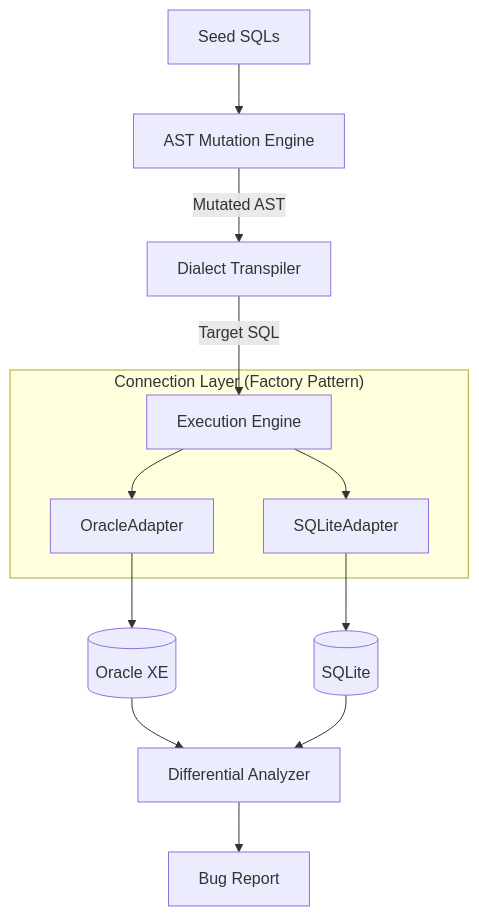
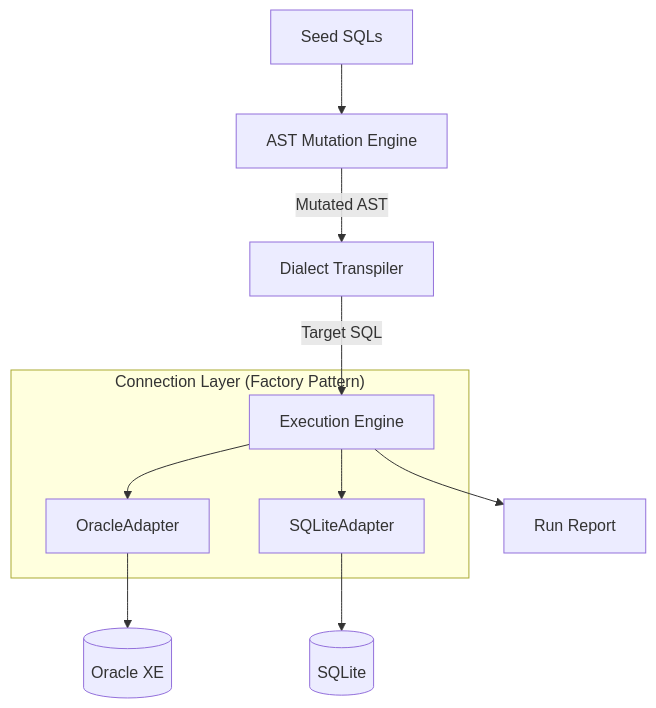
Before and after one commit to oorangeeee/chimera_sql: the diagram in tech.md, drawn with Mermaid. The commit also changed other lines of this file and 14 other files, not shown here.

````diff
--- a/tech.md
+++ b/tech.md
@@ -9,19 +9,15 @@
 ```mermaid
 graph TD
     Input[Seed SQLs] --> Mutator[AST Mutation Engine]
     Mutator -- Mutated AST --> Transpiler[Dialect Transpiler]
     Transpiler -- Target SQL --> Executor[Execution Engine]
+    Executor --> Report[Run Report]
 
     subgraph "Connection Layer (Factory Pattern)"
         Executor --> OracleAdapter
         Executor --> SQLiteAdapter
     end
 
     OracleAdapter --> OracleDB[(Oracle XE)]
     SQLiteAdapter --> SQLiteDB[(SQLite)]
-
-    OracleDB --> Analyzer[Differential Analyzer]
-    SQLiteDB --> Analyzer
-
-    Analyzer --> Report[Bug Report]
 ```
````
